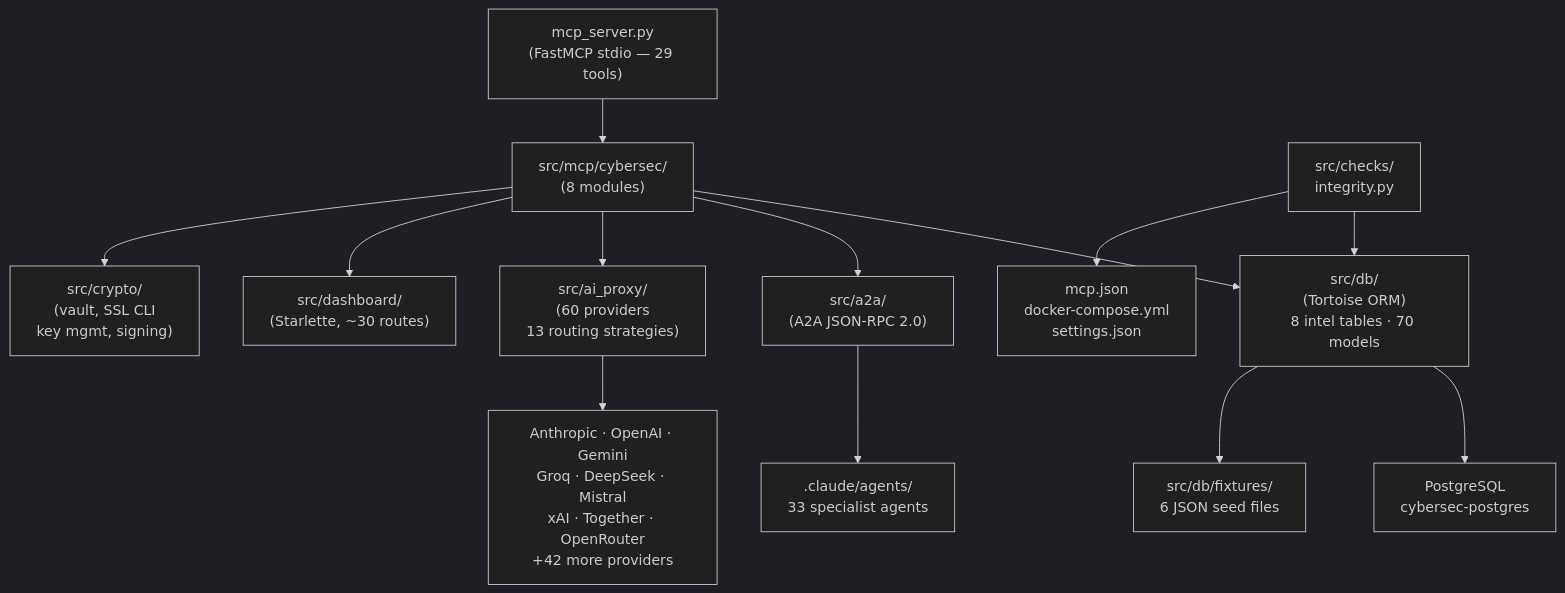
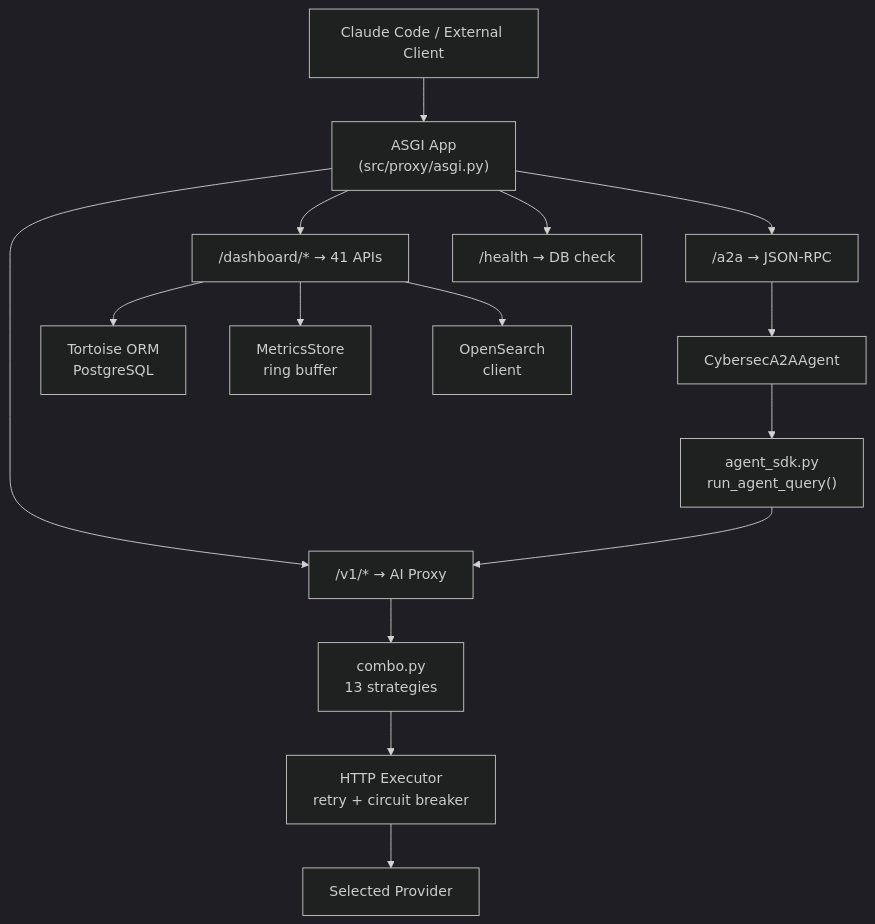
One commit to DCx7C5/cybersecsuite changed the second of 2 diagrams in docs/architecture.md. Above: the diagram before and after it, drawn with Mermaid (dark theme). The commit also changed other lines of this file and 4 other files, not shown here.

First line of the commit message:
docs: full architecture audit — rewrite docs, add layer-integration and omniroute-mcp references

````diff
--- a/docs/architecture.md
+++ b/docs/architecture.md
@@ -265,15 +398,21 @@
 ```mermaid
 flowchart TD
-    Entry["mcp_server.py\n(FastMCP stdio — 29 tools)"] --> MCP["src/mcp/cybersec/\n(8 modules)"]
-    MCP --> DB["src/db/\n(Tortoise ORM)\n8 intel tables · 70 models"]
-    MCP --> A2A["src/a2a/\n(A2A JSON-RPC 2.0)"]
-    MCP --> AIProxy["src/ai_proxy/\n(60 providers\n13 routing strategies)"]
-    MCP --> Dashboard["src/dashboard/\n(Starlette, ~30 routes)"]
-    MCP --> Crypto["src/crypto/\n(vault, SSL CLI\nkey mgmt, signing)"]
-    DB --> PG["PostgreSQL\ncybersec-postgres"]
-    DB --> Fixtures["src/db/fixtures/\n6 JSON seed files"]
-    AIProxy --> Providers["Anthropic · OpenAI · Gemini\nGroq · DeepSeek · Mistral\nxAI · Together · OpenRouter\n+42 more providers"]
-    A2A --> Agents[".claude/agents/\n33 specialist agents"]
-    Checks["src/checks/\nintegrity.py"] --> DB
-    Checks --> Config["mcp.json\ndocker-compose.yml\nsettings.json"]
+    Entry["Claude Code / External Client"] --> ASGI["ASGI App\n(src/proxy/asgi.py)"]
+
+    ASGI --> V1["/v1/* → AI Proxy"]
+    ASGI --> Dash["/dashboard/* → 41 APIs"]
+    ASGI --> A2A["/a2a → JSON-RPC"]
+    ASGI --> Health["/health → DB check"]
+
+    V1 --> Combo["combo.py\n13 strategies"]
+    Combo --> Exec["HTTP Executor\nretry + circuit breaker"]
+    Exec --> Provider["Selected Provider"]
+
+    A2A --> Agent["CybersecA2AAgent"]
+    Agent --> SDK["agent_sdk.py\nrun_agent_query()"]
+    SDK --> V1
+
+    Dash --> DashDB["Tortoise ORM\nPostgreSQL"]
+    Dash --> DashTelemetry["MetricsStore\nring buffer"]
+    Dash --> DashOS["OpenSearch\nclient"]
 ```
````
